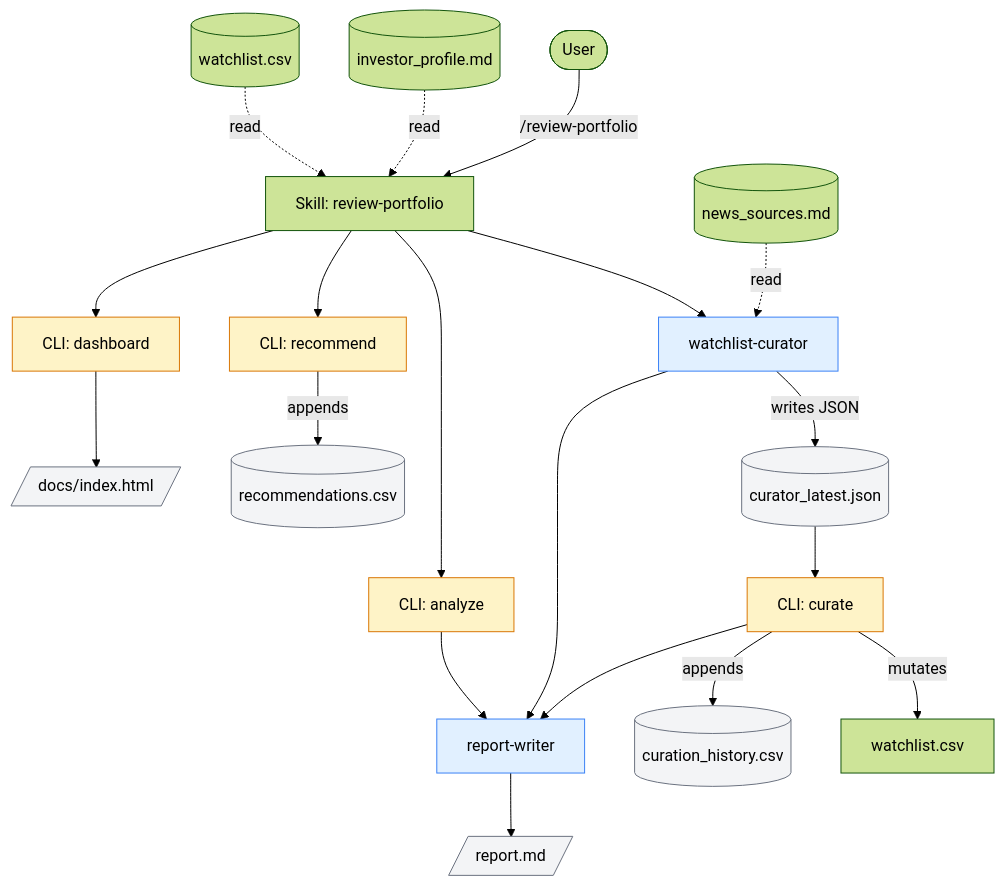
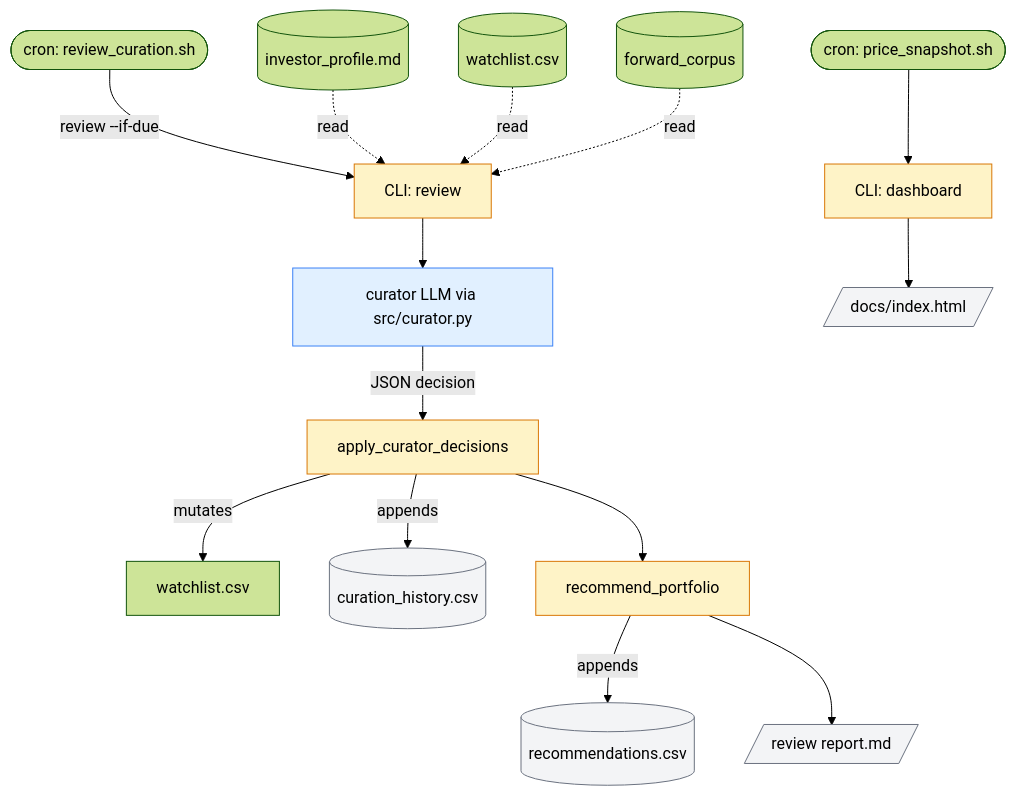
One commit to joehahn/portfolio-wave-rider changed the diagram in REFERENCE.md. Above: the diagram before and after it, drawn with Mermaid (forest theme). The commit also changed other lines of this file and 1 other file, not shown here.

Commit message:
Docs: purge stale skill/subagent references from CLAUDE.md and REFERENCE.md

````diff
--- a/REFERENCE.md
+++ b/REFERENCE.md
@@ -153,28 +148,23 @@
 ```mermaid
 flowchart TD
-    user([User]) -->|/review-portfolio| skill[Skill: review-portfolio]
-    profile[(investor_profile.md)] -.read.-> skill
-    watchlist[(watchlist.csv)] -.read.-> skill
-    skill --> curator[watchlist-curator]
-    sources[(news_sources.md)] -.read.-> curator
-    curator -->|writes JSON| latest[(curator_latest.json)]
-    latest --> curate[CLI: curate]
-    curate -->|mutates| watchlist_w[watchlist.csv]
-    curate -->|appends| history[(curation_history.csv)]
-    skill --> analyze[CLI: analyze]
-    skill --> recommend[CLI: recommend]
+    cron([cron: review_curation.sh]) -->|review --if-due| review[CLI: review]
+    profile[(investor_profile.md)] -.read.-> review
+    watchlist[(watchlist.csv)] -.read.-> review
+    corpus[(forward_corpus)] -.read.-> review
+    review --> curator[curator LLM via src/curator.py]
+    curator -->|JSON decision| apply[apply_curator_decisions]
+    apply -->|mutates| watchlist_w[watchlist.csv]
+    apply -->|appends| history[(curation_history.csv)]
+    apply --> recommend[recommend_portfolio]
     recommend -->|appends| recs[(recommendations.csv)]
-    analyze --> writer[report-writer]
-    curator --> writer
-    curate --> writer
-    writer --> report[/report.md/]
-    skill --> dash[CLI: dashboard]
+    recommend --> report[/review report.md/]
+    snapcron([cron: price_snapshot.sh]) --> dash[CLI: dashboard]
     dash --> idx[/docs/index.html/]
 
     classDef agent fill:#e1f0ff,stroke:#3b82f6
     classDef cli fill:#fef3c7,stroke:#d97706
     classDef file fill:#f3f4f6,stroke:#6b7280
-    class curator,writer agent
-    class curate,analyze,recommend,dash cli
-    class report,idx,history,latest,recs file
+    class curator agent
+    class review,apply,recommend,dash cli
+    class report,idx,history,recs file
 ```
````
